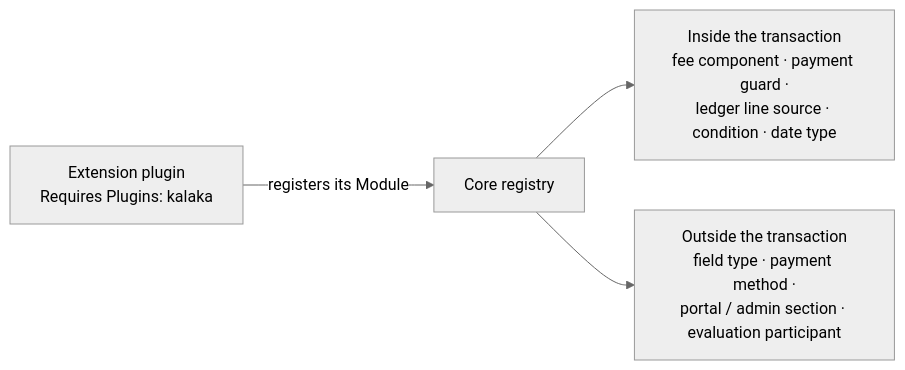
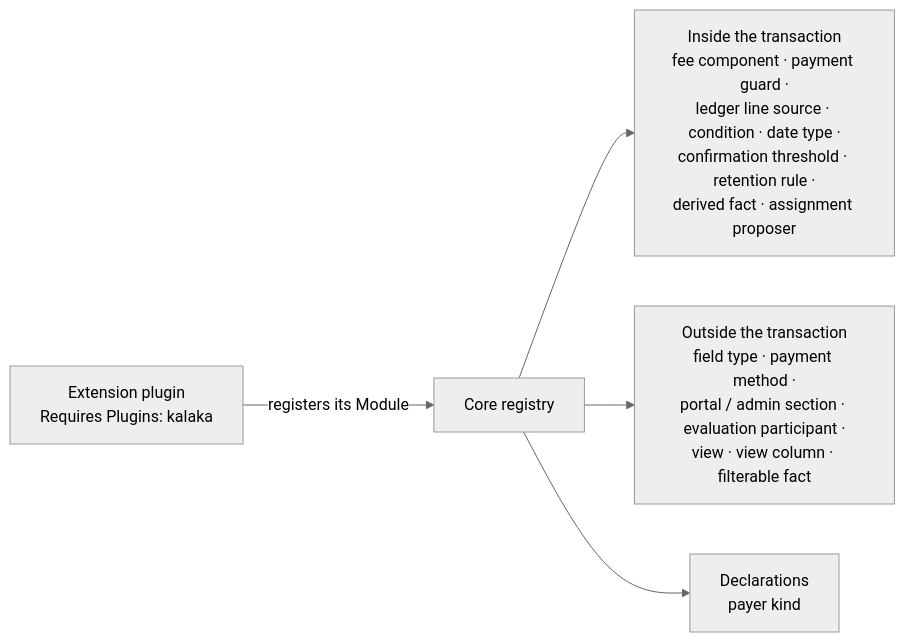
The second of 2 diagrams in docs/architecture/modules-and-extensions.md (reformatus/kalaka), drawn with Mermaid (neutral theme) before and after one commit. The commit also changed other lines of this file and 7 other files, not shown here.

First line of the commit message:
Architecture: owner decisions from the pilot data review

````diff
--- a/docs/architecture/modules-and-extensions.md
+++ b/docs/architecture/modules-and-extensions.md
@@ -177,6 +248,7 @@
 ```mermaid
 flowchart LR
   EP["Extension plugin<br/>Requires Plugins: kalaka"] -->|"registers its Module"| REG["Core registry"]
-  REG --> IN["Inside the transaction<br/>fee component · payment guard ·<br/>ledger line source · condition · date type"]
-  REG --> OUT["Outside the transaction<br/>field type · payment method ·<br/>portal / admin section · evaluation participant"]
+  REG --> IN["Inside the transaction<br/>fee component · payment guard ·<br/>ledger line source · condition · date type ·<br/>confirmation threshold · retention rule ·<br/>derived fact · assignment proposer"]
+  REG --> OUT["Outside the transaction<br/>field type · payment method ·<br/>portal / admin section · evaluation participant ·<br/>view · view column · filterable fact"]
+  REG --> DECL["Declarations<br/>payer kind"]
 ```
````
